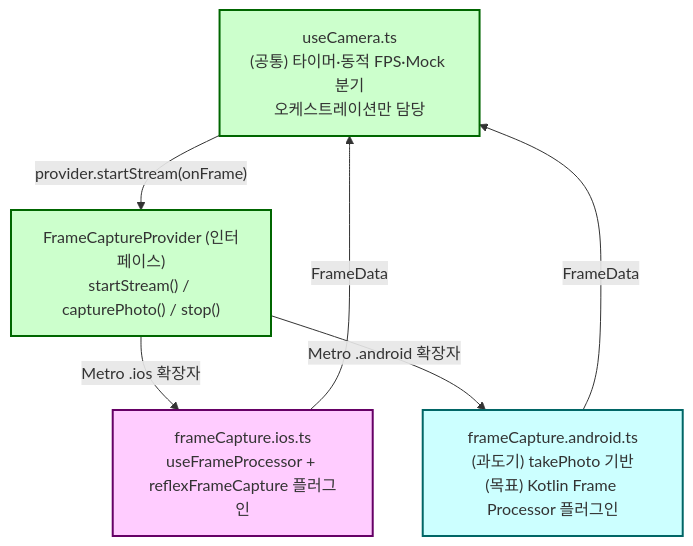
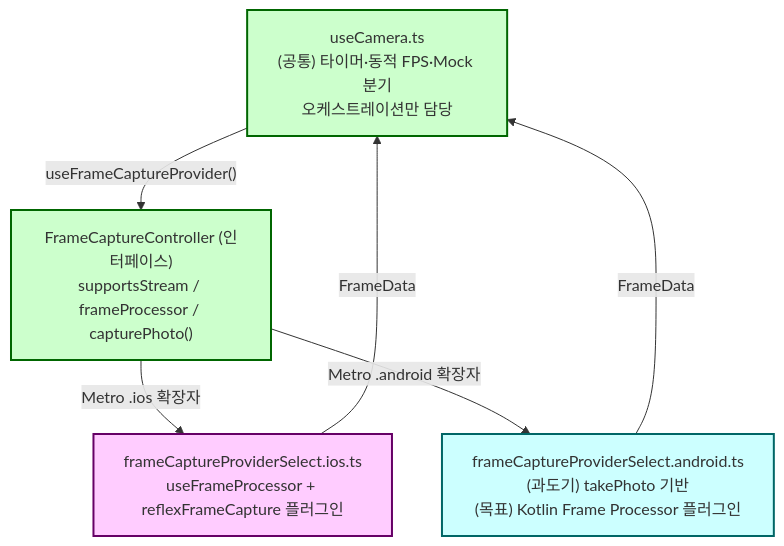
The diagram in docs/ops/ios_android_bifurcation_contract.md (Groog-sudo/Minchodan), drawn with Mermaid before and after one commit. The commit also changed other lines of this file and 8 other files, not shown here.

First line of the commit message:
docs: frameCapture.ts 삭제에 맞춘 문서·스킬 정합성 일괄 갱신

````diff
--- a/docs/ops/ios_android_bifurcation_contract.md
+++ b/docs/ops/ios_android_bifurcation_contract.md
@@ -70,20 +71,20 @@
 ```mermaid
 graph TD
     Hook["useCamera.ts<br/>(공통) 타이머·동적 FPS·Mock 분기<br/>오케스트레이션만 담당"]
-    Interface["FrameCaptureProvider (인터페이스)<br/>startStream() / capturePhoto() / stop()"]
-    IOSImpl["frameCapture.ios.ts<br/>useFrameProcessor + reflexFrameCapture 플러그인"]
-    AndroidImpl["frameCapture.android.ts<br/>(과도기) takePhoto 기반<br/>(목표) Kotlin Frame Processor 플러그인"]
+    Interface["FrameCaptureController (인터페이스)<br/>supportsStream / frameProcessor / capturePhoto()"]
+    IOSImpl["frameCaptureProviderSelect.ios.ts<br/>useFrameProcessor + reflexFrameCapture 플러그인"]
+    AndroidImpl["frameCaptureProviderSelect.android.ts<br/>(과도기) takePhoto 기반<br/>(목표) Kotlin Frame Processor 플러그인"]
 
-    Hook -->|"provider.startStream(onFrame)"| Interface
+    Hook -->|"useFrameCaptureProvider()"| Interface
     Interface -->|"Metro .ios 확장자"| IOSImpl
     Interface -->|"Metro .android 확장자"| AndroidImpl
     IOSImpl -->|"FrameData"| Hook
     AndroidImpl -->|"FrameData"| Hook
 
     classDef common fill:#cfc,stroke:#060,stroke-width:2px
     classDef ios fill:#fcf,stroke:#606,stroke-width:2px
     classDef android fill:#cff,stroke:#066,stroke-width:2px
     class Hook,Interface common
     class IOSImpl ios
     class AndroidImpl android
 ```
````
